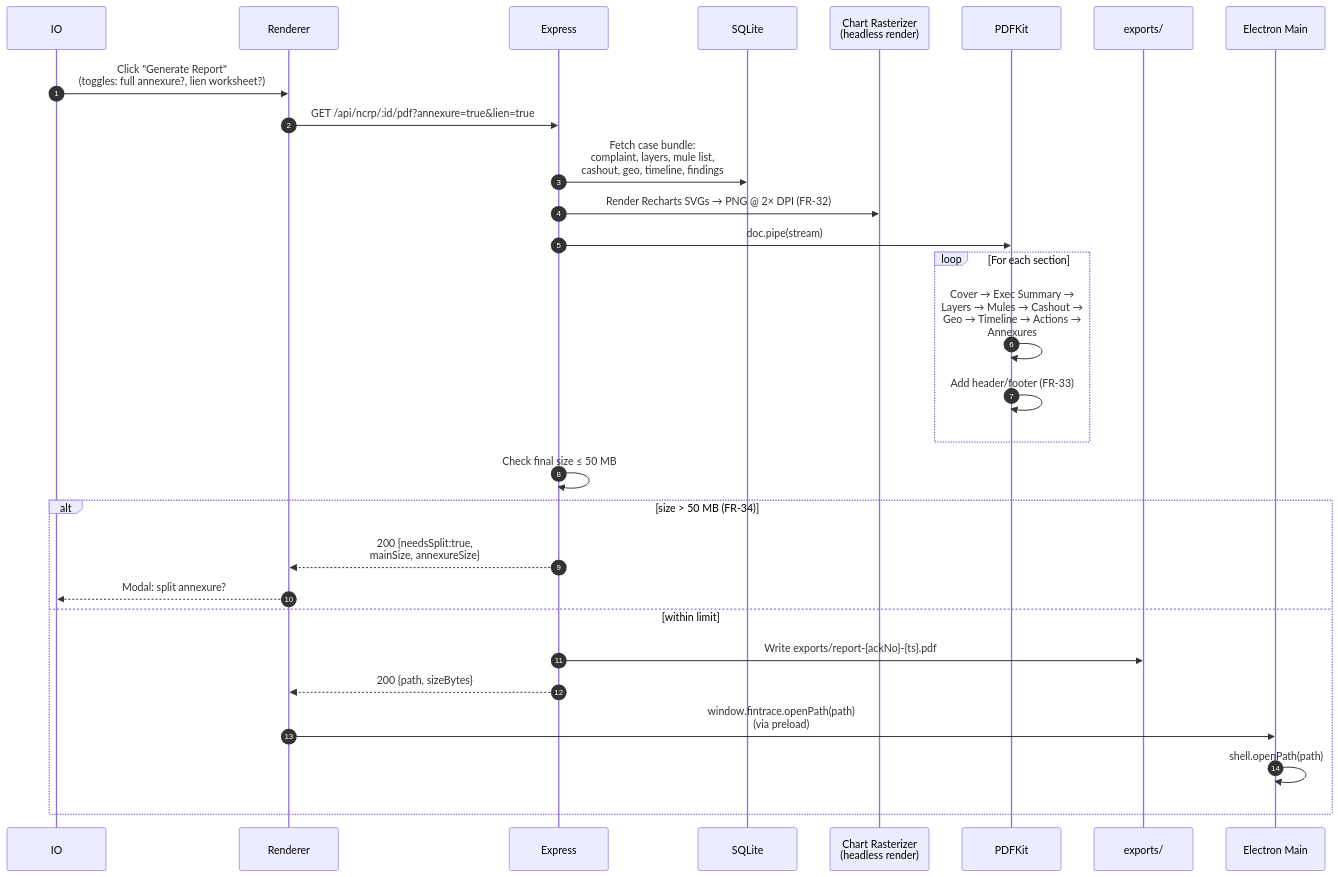
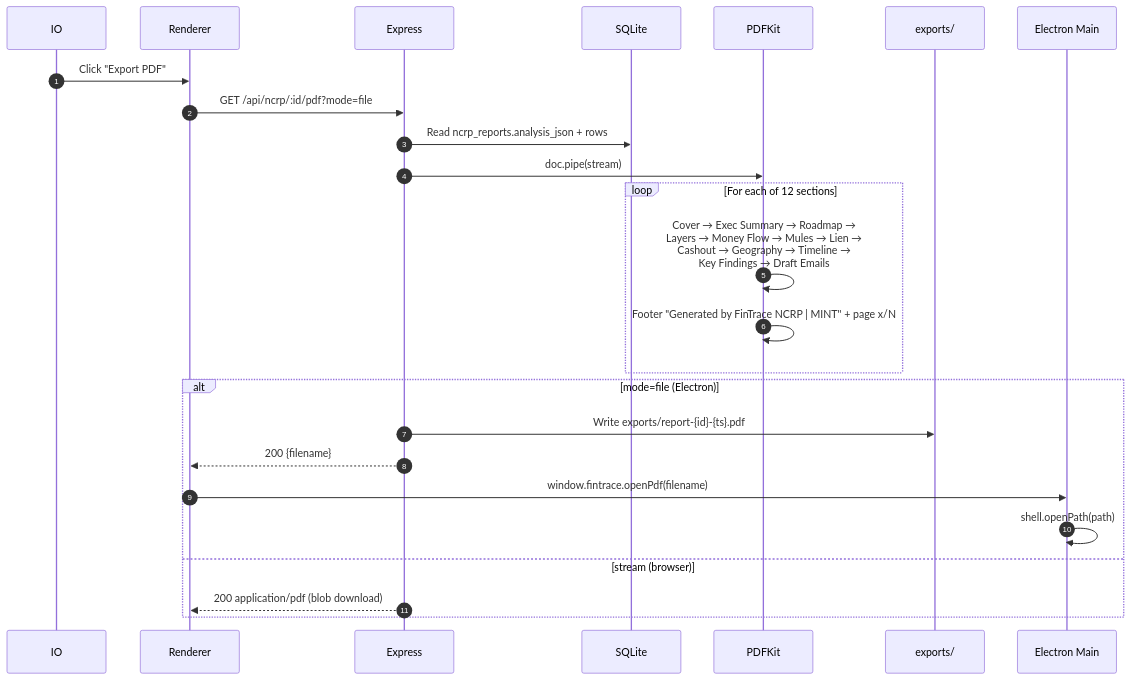
Before and after one commit to manankothari1702/fintrace-ncrp: the fourth of 5 diagrams in SDD.md, drawn with Mermaid. The commit also changed other lines of this file and 32 other files, not shown here.

````diff
--- a/SDD.md
+++ b/SDD.md
@@ -220,32 +216,28 @@
 ```mermaid
 sequenceDiagram
     autonumber
     participant U as IO
     participant R as Renderer
     participant E as Express
     participant DB as SQLite
-    participant CH as Chart Rasterizer<br/>(headless render)
     participant PK as PDFKit
     participant FS as exports/
     participant EM as Electron Main
 
-    U->>R: Click "Generate Report"<br/>(toggles: full annexure?, lien worksheet?)
-    R->>E: GET /api/ncrp/:id/pdf?annexure=true&lien=true
-    E->>DB: Fetch case bundle:<br/>complaint, layers, mule list,<br/>cashout, geo, timeline, findings
-    E->>CH: Render Recharts SVGs → PNG @ 2× DPI (FR-32)
+    U->>R: Click "Export PDF"
+    R->>E: GET /api/ncrp/:id/pdf?mode=file
+    E->>DB: Read ncrp_reports.analysis_json + rows
     E->>PK: doc.pipe(stream)
-    loop For each section
-        PK->>PK: Cover → Exec Summary →<br/>Layers → Mules → Cashout →<br/>Geo → Timeline → Actions →<br/>Annexures
-        PK->>PK: Add header/footer (FR-33)
+    loop For each of 12 sections
+        PK->>PK: Cover → Exec Summary → Roadmap →<br/>Layers → Money Flow → Mules → Lien →<br/>Cashout → Geography → Timeline →<br/>Key Findings → Draft Emails
+        PK->>PK: Footer "Generated by FinTrace NCRP | MINT" + page x/N
     end
-    E->>E: Check final size ≤ 50 MB
-    alt size > 50 MB (FR-34)
-        E-->>R: 200 {needsSplit:true,<br/>mainSize, annexureSize}
-        R-->>U: Modal: split annexure?
-    else within limit
-        E->>FS: Write exports/report-{ackNo}-{ts}.pdf
-        E-->>R: 200 {path, sizeBytes}
-        R->>EM: window.fintrace.openPath(path)<br/>(via preload)
+    alt mode=file (Electron)
+        E->>FS: Write exports/report-{id}-{ts}.pdf
+        E-->>R: 200 {filename}
+        R->>EM: window.fintrace.openPdf(filename)
         EM->>EM: shell.openPath(path)
+    else stream (browser)
+        E-->>R: 200 application/pdf (blob download)
     end
 ```
````
